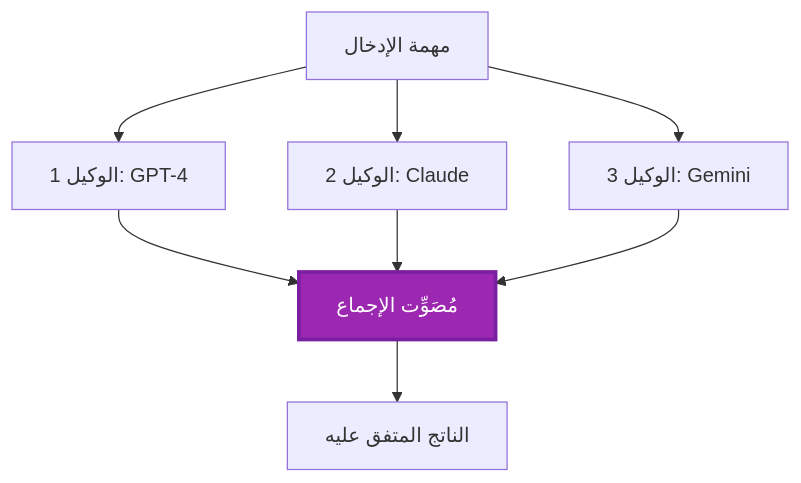
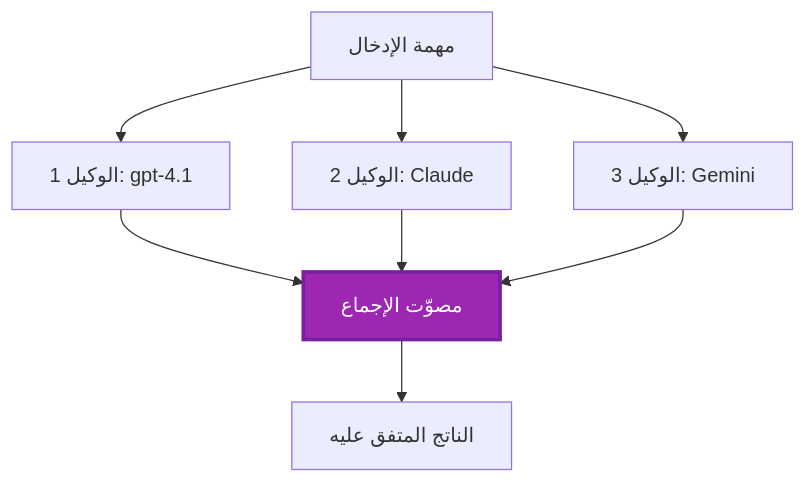
One commit to microsoft/AZD-for-beginners changed the fifth of 6 diagrams in translations/ar/docs/chapter-06-pre-deployment/coordination-patterns.md. Above: the diagram before and after it, drawn with Mermaid. The commit also changed other lines of this file and 101 other files, not shown here.

````diff
--- a/translations/ar/docs/chapter-06-pre-deployment/coordination-patterns.md
+++ b/translations/ar/docs/chapter-06-pre-deployment/coordination-patterns.md
@@ -231,19 +225,19 @@
 ```mermaid
 graph TB
     Input[مهمة الإدخال]
-    Agent1[الوكيل 1: GPT-4]
+    Agent1[الوكيل 1: gpt-4.1]
     Agent2[الوكيل 2: Claude]
     Agent3[الوكيل 3: Gemini]
-    Voter[مُصَوِّت الإجماع]
+    Voter[مصوّت الإجماع]
     Output[الناتج المتفق عليه]
     
     Input --> Agent1
     Input --> Agent2
     Input --> Agent3
     Agent1 --> Voter
     Agent2 --> Voter
     Agent3 --> Voter
     Voter --> Output
     
     style Voter fill:#9C27B0,stroke:#7B1FA2,stroke-width:3px,color:#fff
 ```
````
